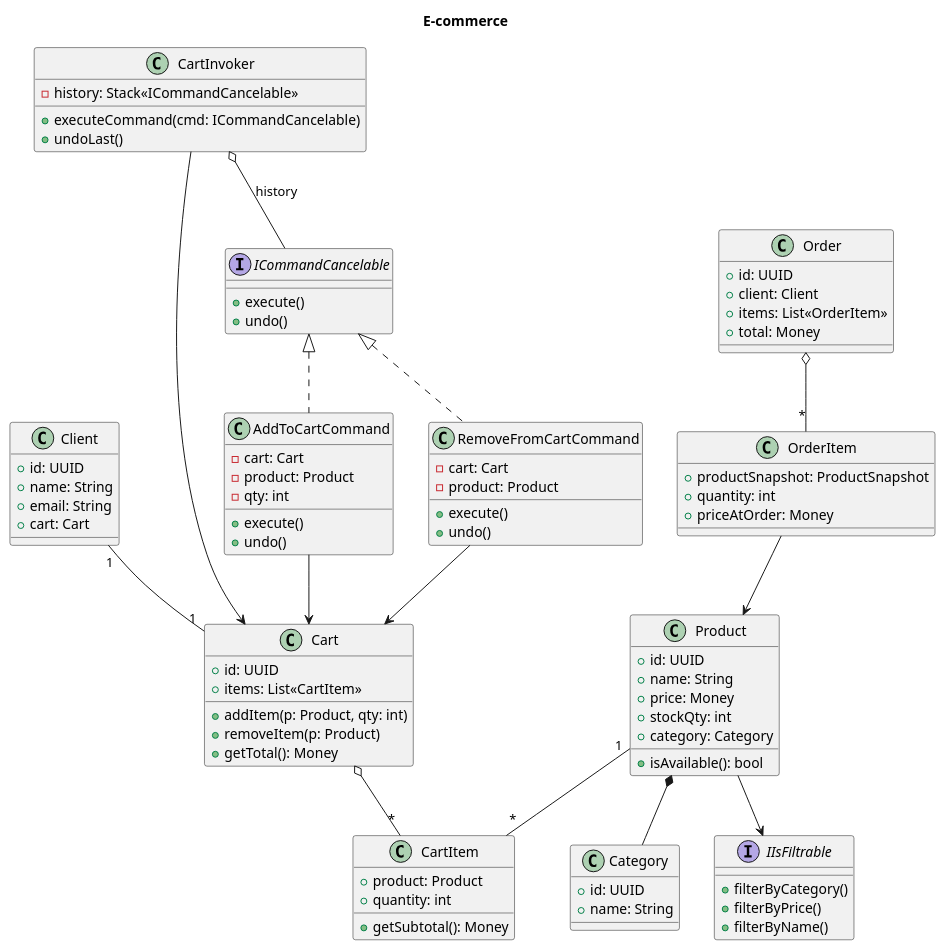
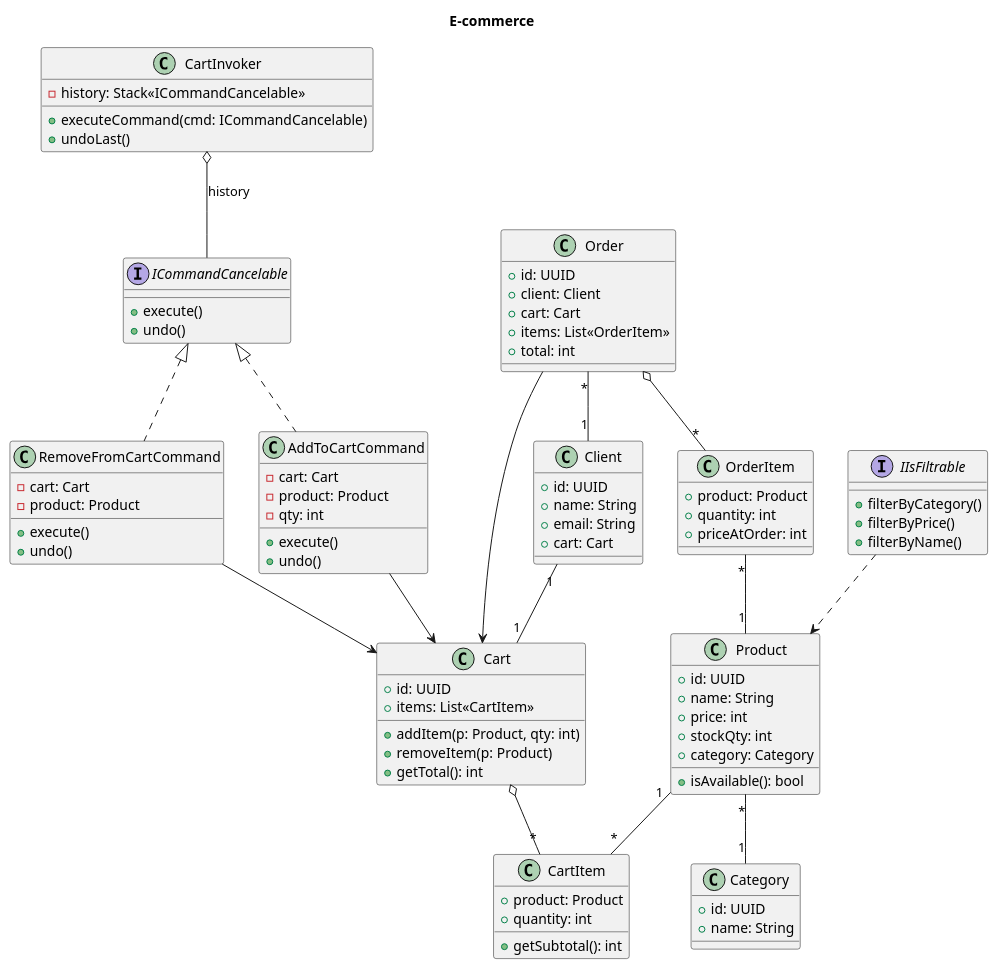
One commit to ryannnasa/panierECommerce changed the diagram in diagram_simplified.puml. Above: the diagram before and after it, drawn with PlantUML. The commit also changed 7 other files, not shown here.

Commit message:
Add new relation between Cart and Order

```diff
--- a/diagram_simplified.puml
+++ b/diagram_simplified.puml
@@ -1,91 +1,93 @@
 @startuml
 title E-commerce
 
 class Product {
   +id: UUID
   +name: String
-  +price: Money
+  +price: int
   +stockQty: int
   +category: Category
   +isAvailable(): bool
 }
 class Category {
   +id: UUID
   +name: String
 }
 class Client {
   +id: UUID
   +name: String
   +email: String
   +cart: Cart
 }
 class Cart {
   +id: UUID
   +items: List«CartItem»
   +addItem(p: Product, qty: int)
   +removeItem(p: Product)
-  +getTotal(): Money
+  +getTotal(): int
 }
 class CartItem {
   +product: Product
   +quantity: int
-  +getSubtotal(): Money
+  +getSubtotal(): int
 }
 class Order {
   +id: UUID
   +client: Client
+  +cart: Cart
   +items: List«OrderItem»
-  +total: Money
+  +total: int
 }
 class OrderItem {
-  +productSnapshot: ProductSnapshot
+  +product: Product
   +quantity: int
-  +priceAtOrder: Money
+  +priceAtOrder: int
 }
 
 interface ICommandCancelable {
   +execute()
   +undo()
 }
 
 interface IIsFiltrable {
   +filterByCategory()
   +filterByPrice()
   +filterByName()
 }
 
 class AddToCartCommand {
   -cart: Cart
   -product: Product
   -qty: int
   +execute()
   +undo()
 }
 class RemoveFromCartCommand {
   -cart: Cart
   -product: Product
   +execute()
   +undo()
 }
 class CartInvoker {
   -history: Stack«ICommandCancelable»
   +executeCommand(cmd: ICommandCancelable)
   +undoLast()
 }
 
 ICommandCancelable <|.. AddToCartCommand
 ICommandCancelable <|.. RemoveFromCartCommand
 CartInvoker o-- ICommandCancelable : history
 AddToCartCommand --> Cart
 RemoveFromCartCommand --> Cart
 
 Product "1" -- "*" CartItem
 Cart o-- "*" CartItem
 Client "1" -- "1" Cart
+Order "*" -- "1" Client
 Order o-- "*" OrderItem
-OrderItem --> Product
-Product *-- Category
-Product --> IIsFiltrable
-CartInvoker --> Cart
+OrderItem "*" -- "1" Product
+Product "*" -- "1" Category
+IIsFiltrable ..> Product
+Order --> Cart
 
 @enduml
```
